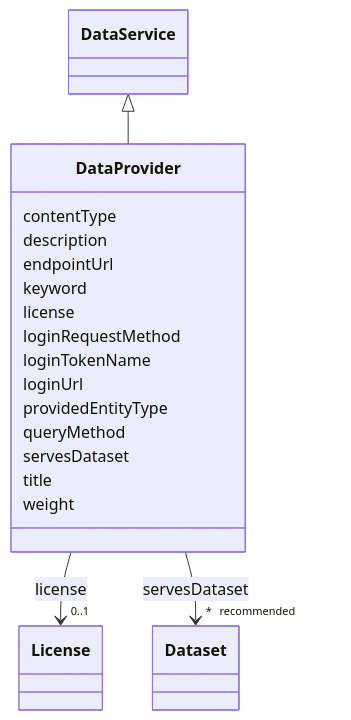
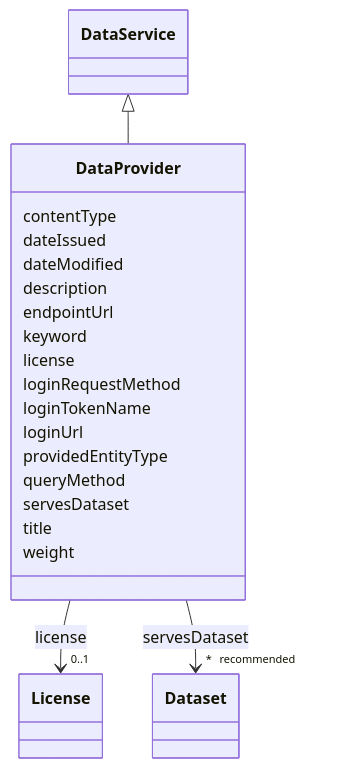
One commit to EVORA-project/evora-ontology changed the diagram in models/docs/DataProvider.md. Above: the diagram before and after it, drawn with Mermaid. The commit also changed other lines of this file and 377 other files, not shown here.

````diff
--- a/models/docs/DataProvider.md
+++ b/models/docs/DataProvider.md
@@ -19,49 +19,53 @@
 ```mermaid
  classDiagram
     class DataProvider
     click DataProvider href "../DataProvider"
       DataService <|-- DataProvider
         click DataService href "../DataService"
       
       DataProvider : contentType
+        
+      DataProvider : dateIssued
+        
+      DataProvider : dateModified
         
       DataProvider : description
         
       DataProvider : endpointUrl
         
       DataProvider : keyword
         
       DataProvider : license
         
           
     
     
     DataProvider --> "0..1" License : license
     click License href "../License"
 
         
       DataProvider : loginRequestMethod
         
       DataProvider : loginTokenName
         
       DataProvider : loginUrl
         
       DataProvider : providedEntityType
         
       DataProvider : queryMethod
         
       DataProvider : servesDataset
         
           
     
     
     DataProvider --> "* _recommended_" Dataset : servesDataset
     click Dataset href "../Dataset"
 
         
       DataProvider : title
         
       DataProvider : weight
         
       
 ```
````
